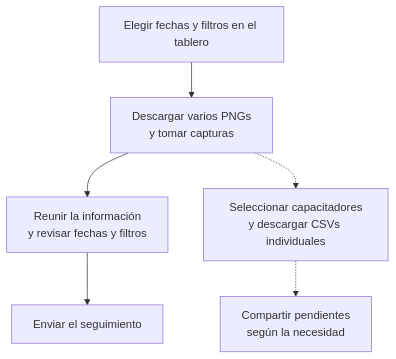
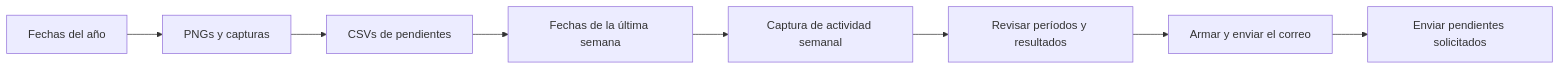
Before and after one commit to jminolli-e/case-studies: the first of 2 diagrams in capacitaciones/actualizacion/README.md, drawn with Mermaid. The commit also changed other lines of this file, not shown here.

````diff
--- a/capacitaciones/actualizacion/README.md
+++ b/capacitaciones/actualizacion/README.md
@@ -99,8 +101,10 @@
 ```mermaid
-flowchart TD
-    A["Elegir fechas y filtros en el tablero"] --> B["Descargar varios PNGs<br/>y tomar capturas"]
-    B --> C["Reunir la información<br/>y revisar fechas y filtros"]
-    C --> D["Enviar el seguimiento"]
-    B -.-> E["Seleccionar capacitadores<br/>y descargar CSVs individuales"]
-    E -.-> F["Compartir pendientes<br/>según la necesidad"]
+flowchart LR
+    A["Fechas del año"] --> B["PNGs y capturas"]
+    B --> C["CSVs de pendientes"]
+    C --> D["Fechas de la última semana"]
+    D --> E["Captura de actividad semanal"]
+    E --> F["Revisar períodos y resultados"]
+    F --> G["Armar y enviar el correo"]
+    G --> H["Enviar pendientes solicitados"]
 ```
````
